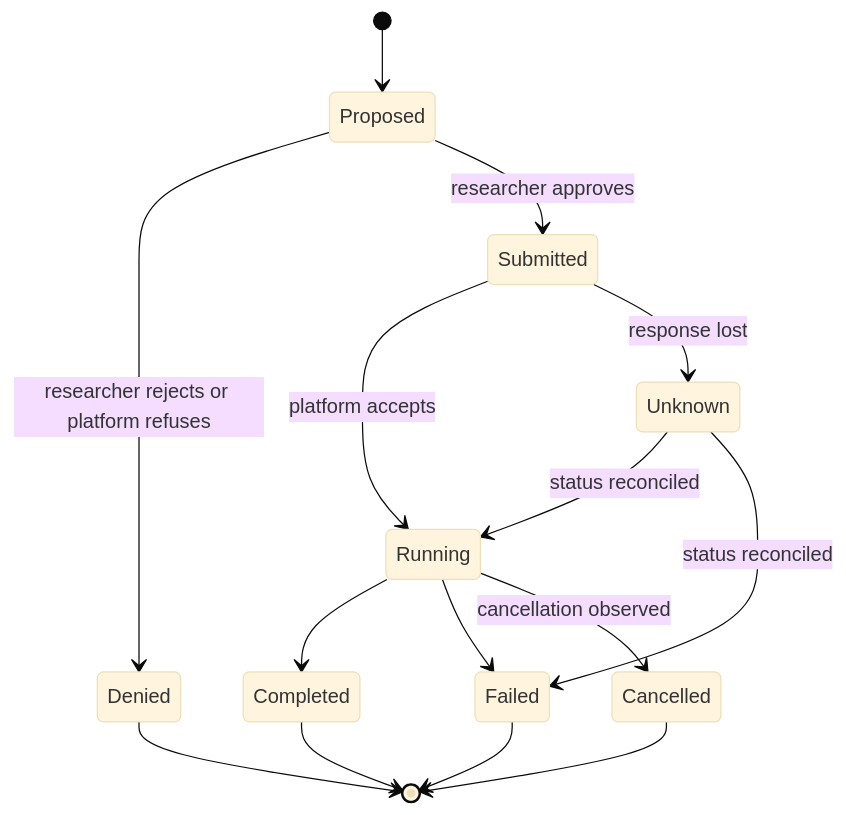
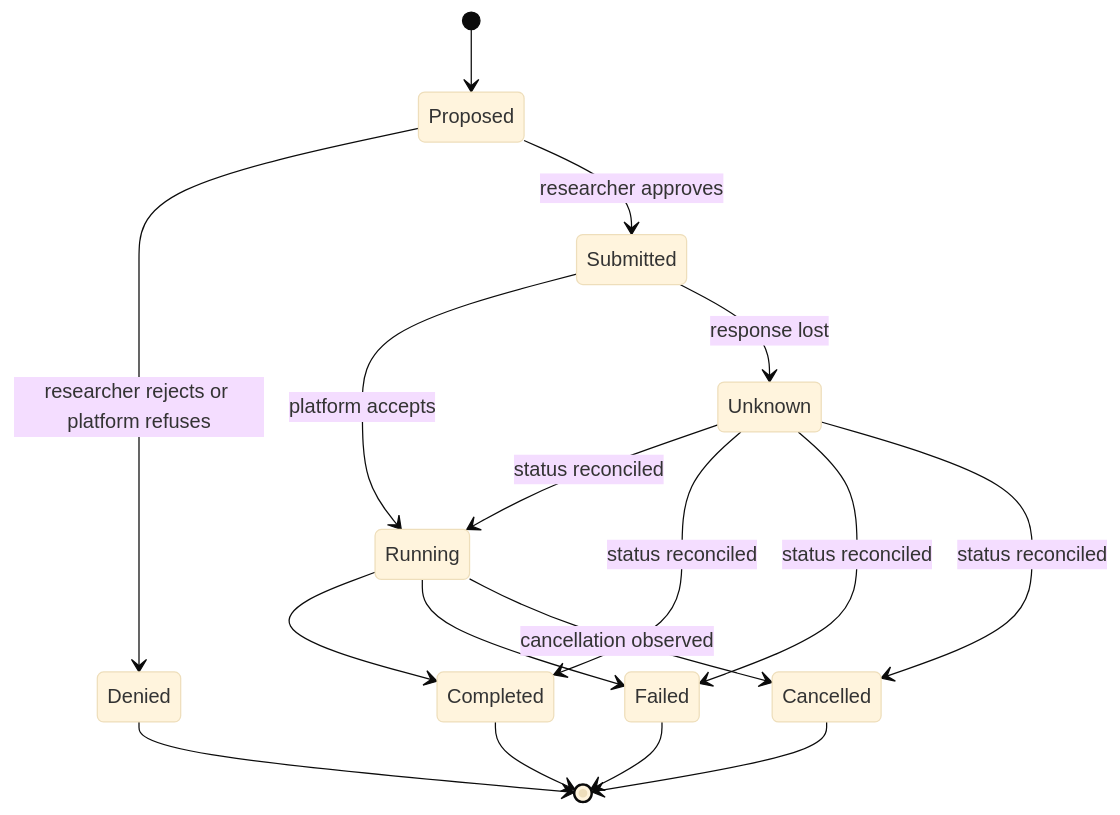
One commit to SchmiedmayerLab/heartwood changed the fourth of 6 diagrams in documentation/operate/platform-contract.md. Above: the diagram before and after it, drawn with Mermaid (base theme). The commit also changed 5 other files, not shown here.

````diff
--- a/documentation/operate/platform-contract.md
+++ b/documentation/operate/platform-contract.md
@@ -297,17 +297,19 @@
 ```mermaid
 stateDiagram-v2
     [*] --> Proposed
     Proposed --> Denied: researcher rejects or platform refuses
     Proposed --> Submitted: researcher approves
     Submitted --> Running: platform accepts
     Submitted --> Unknown: response lost
     Unknown --> Running: status reconciled
+    Unknown --> Completed: status reconciled
     Unknown --> Failed: status reconciled
+    Unknown --> Cancelled: status reconciled
     Running --> Completed
     Running --> Failed
     Running --> Cancelled: cancellation observed
     Denied --> [*]
     Completed --> [*]
     Failed --> [*]
     Cancelled --> [*]
 ```
````
